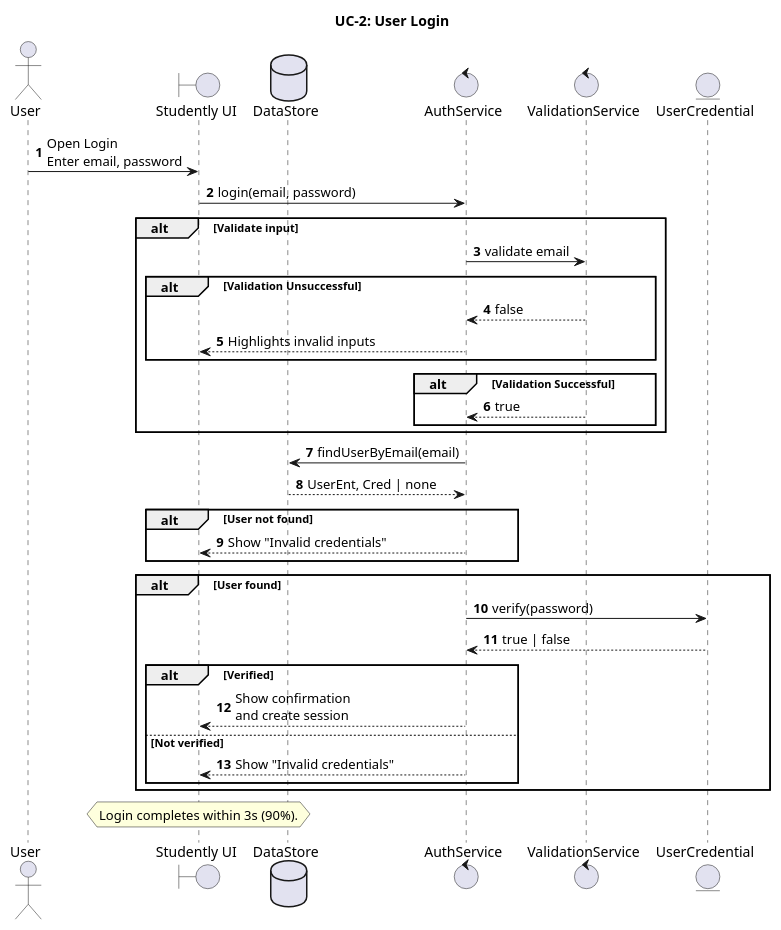
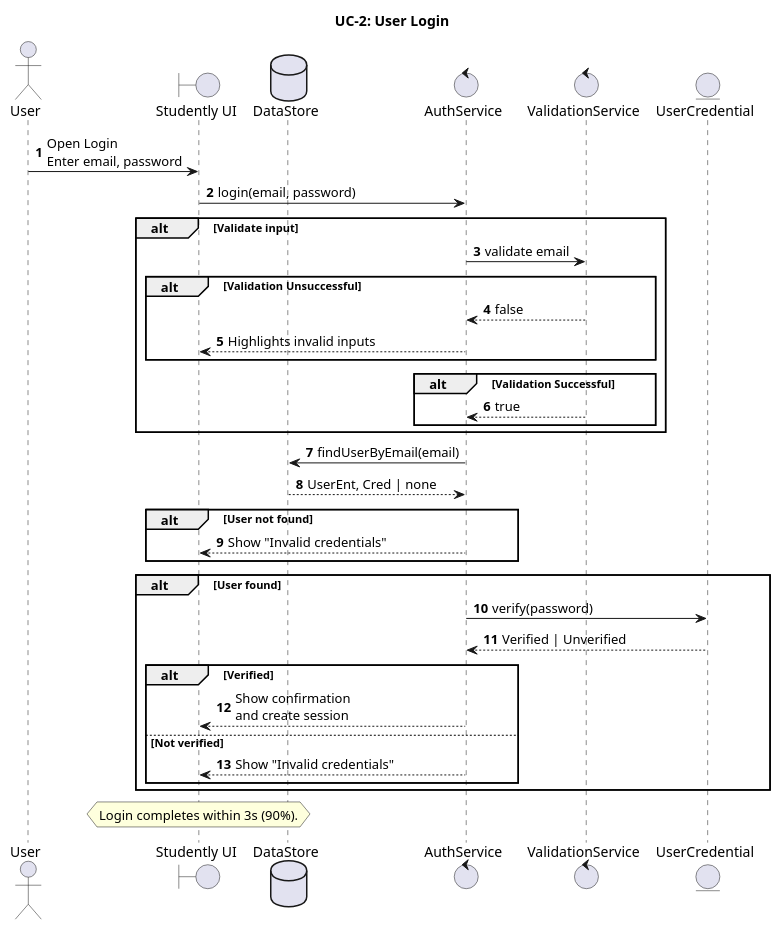
Before and after one commit to talhaahmed884/Adv.SE-Semester-Project: the diagram in src/com/cpp/project/uml/sequence/SD-UC-2.puml, drawn with PlantUML. The commit also changed 1 other file, not shown here.

Commit message:
1. updated sequence UML

```diff
--- a/src/com/cpp/project/uml/sequence/SD-UC-2.puml
+++ b/src/com/cpp/project/uml/sequence/SD-UC-2.puml
@@ -1,52 +1,52 @@
 @startuml
 
 title UC-2: User Login
 autonumber
 
 actor "User" as U
 boundary "Studently UI" as UI
 database "DataStore" as DB
 
 control "AuthService" as AService
 control "ValidationService" as vService
 entity "UserCredential" as Cred
 
 U -> UI: Open Login\nEnter email, password
 UI -> AService: login(email, password)
 
 alt Validate input
     AService -> vService: validate email
 
     alt Validation Unsuccessful
         vService --> AService: false
         AService --> UI: Highlights invalid inputs
     end
     alt Validation Successful
         vService --> AService: true
     end
 end
 
 
 AService -> DB: findUserByEmail(email)
 DB --> AService: UserEnt, Cred | none
 
 alt User not found
     AService --> UI: Show "Invalid credentials"
 end
 
 alt User found
     AService -> Cred: verify(password)
-    Cred --> AService: true | false
+    Cred --> AService: Verified | Unverified
 
     alt Verified
         AService --> UI: Show confirmation\nand create session
     else Not verified
         AService --> UI: Show "Invalid credentials"
     end
 end
 
 hnote over UI
     Login completes within 3s (90%).
 end hnote
 
 @enduml
```
